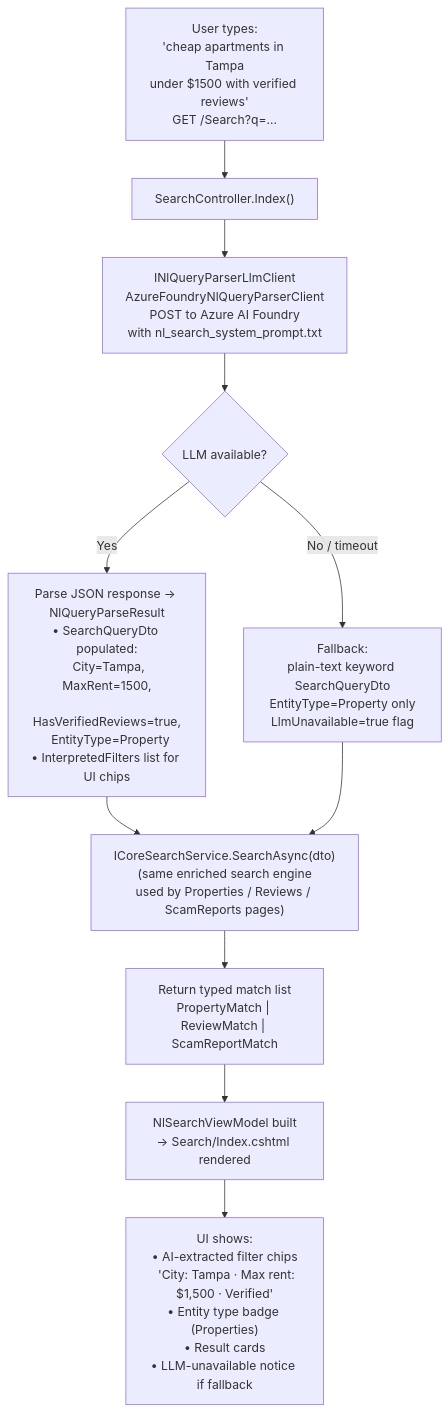
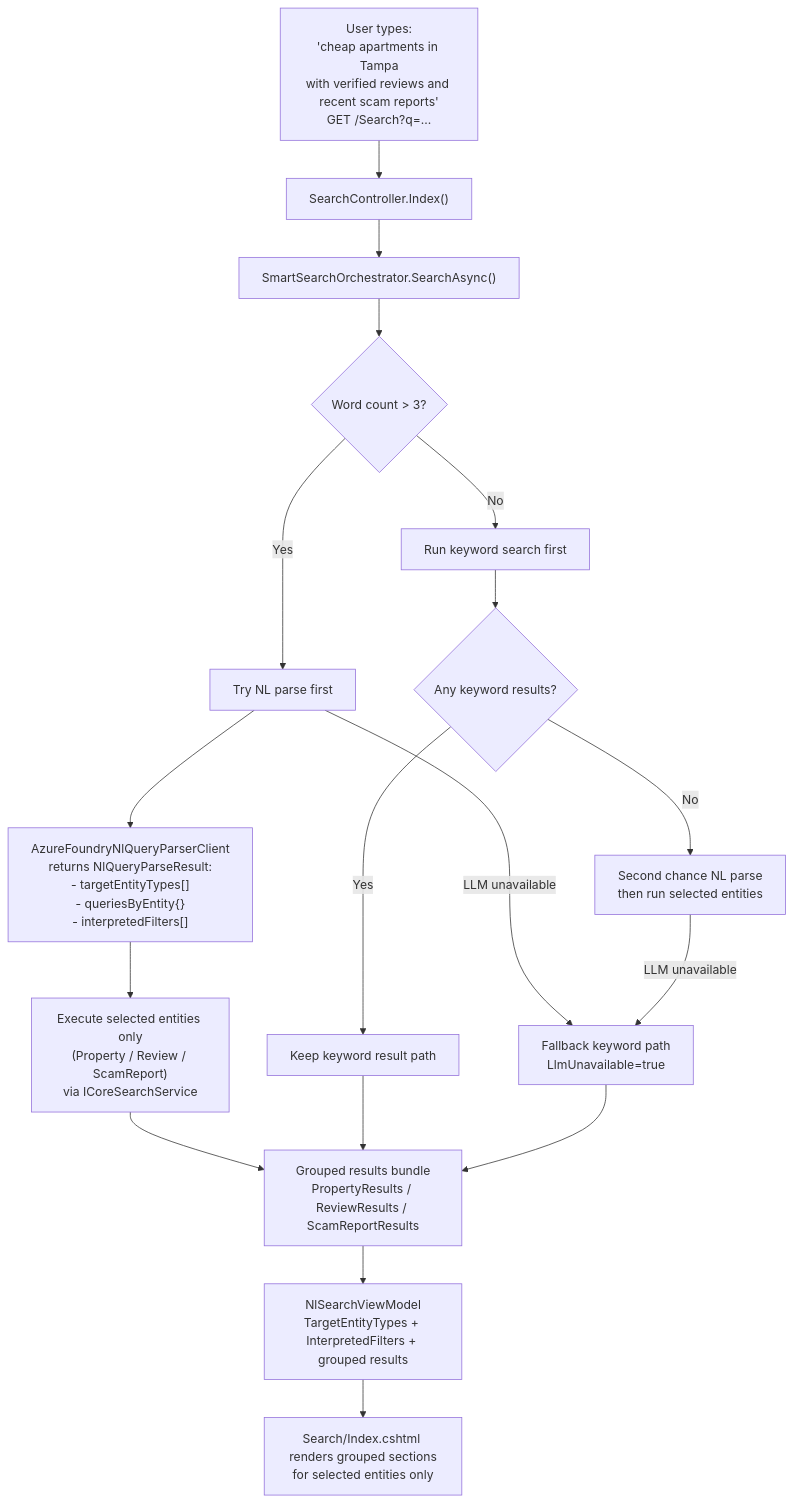
One commit to sirajusf/TenantLens changed diagram 24 of 31 in DOCUMENTATION.md. Above: the diagram before and after it, drawn with Mermaid. The commit also changed other lines of this file and 19 other files, not shown here.

````diff
--- a/DOCUMENTATION.md
+++ b/DOCUMENTATION.md
@@ -1046,21 +1046,27 @@
 ```mermaid
 flowchart TD
-    A["User types:\n'cheap apartments in Tampa\nunder $1500 with verified reviews'\nGET /Search?q=..."]
+    A["User types:\n'cheap apartments in Tampa\nwith verified reviews and recent scam reports'\nGET /Search?q=..."]
     A --> B["SearchController.Index()"]
+    B --> C["SmartSearchOrchestrator.SearchAsync()"]
+    C --> D{Word count > 3?}
 
-    B --> C["INlQueryParserLlmClient\nAzureFoundryNlQueryParserClient\nPOST to Azure AI Foundry\nwith nl_search_system_prompt.txt"]
+    D -->|Yes| E["Try NL parse first"]
+    D -->|No| F["Run keyword search first"]
 
-    C --> D{LLM available?}
+    E --> G["AzureFoundryNlQueryParserClient\nreturns NlQueryParseResult:\n- targetEntityTypes[]\n- queriesByEntity{}\n- interpretedFilters[]"]
+    G --> H["Execute selected entities only\n(Property / Review / ScamReport)\nvia ICoreSearchService"]
 
-    D -->|Yes| E["Parse JSON response → NlQueryParseResult\n• SearchQueryDto populated:\n  City=Tampa, MaxRent=1500,\n  HasVerifiedReviews=true,\n  EntityType=Property\n• InterpretedFilters list for UI chips"]
+    F --> I{Any keyword results?}
+    I -->|Yes| J["Keep keyword result path"]
+    I -->|No| K["Second chance NL parse\nthen run selected entities"]
 
-    D -->|No / timeout| F["Fallback:\nplain-text keyword SearchQueryDto\nEntityType=Property only\nLlmUnavailable=true flag"]
+    E -->|LLM unavailable| L["Fallback keyword path\nLlmUnavailable=true"]
+    K -->|LLM unavailable| L
 
-    E & F --> G["ICoreSearchService.SearchAsync(dto)\n(same enriched search engine\nused by Properties / Reviews / ScamReports pages)"]
+    H --> M["Grouped results bundle\nPropertyResults / ReviewResults / ScamReportResults"]
+    J --> M
+    L --> M
 
-    G --> H["Return typed match list\nPropertyMatch | ReviewMatch | ScamReportMatch"]
-
-    H --> I["NlSearchViewModel built\n→ Search/Index.cshtml rendered"]
-
-    I --> J["UI shows:\n• AI-extracted filter chips\n  'City: Tampa · Max rent: $1,500 · Verified'\n• Entity type badge (Properties)\n• Result cards\n• LLM-unavailable notice if fallback"]
+    M --> N["NlSearchViewModel\nTargetEntityTypes + InterpretedFilters + grouped results"]
+    N --> O["Search/Index.cshtml renders grouped sections\nfor selected entities only"]
 ```
````
